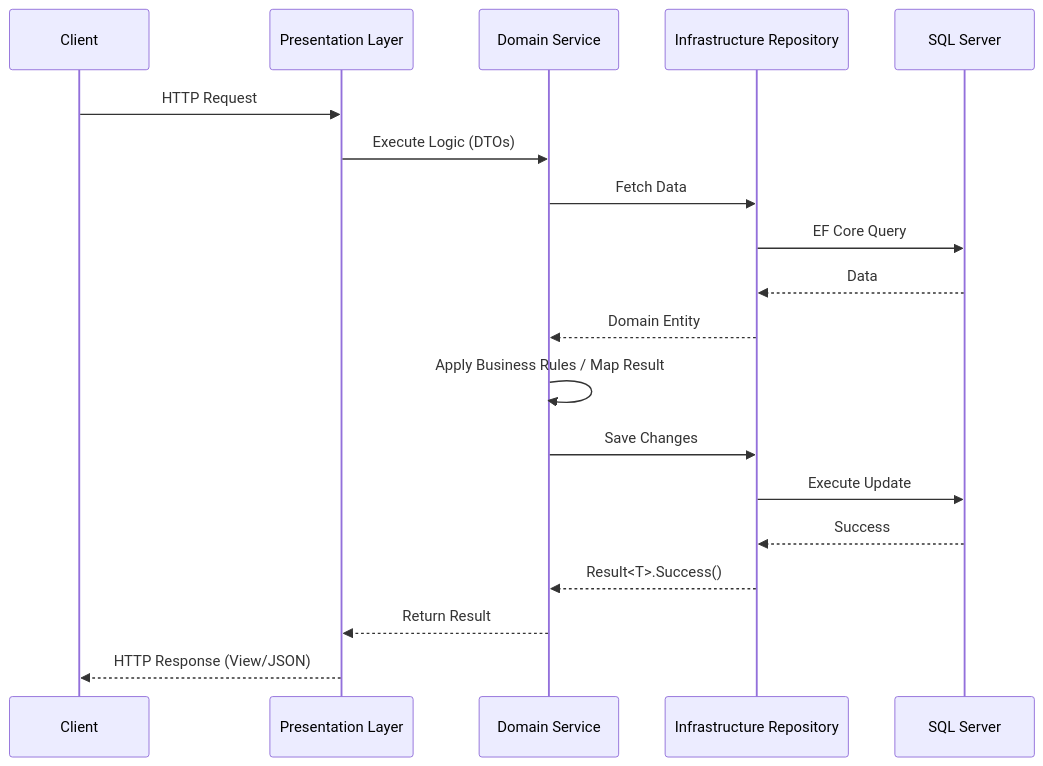
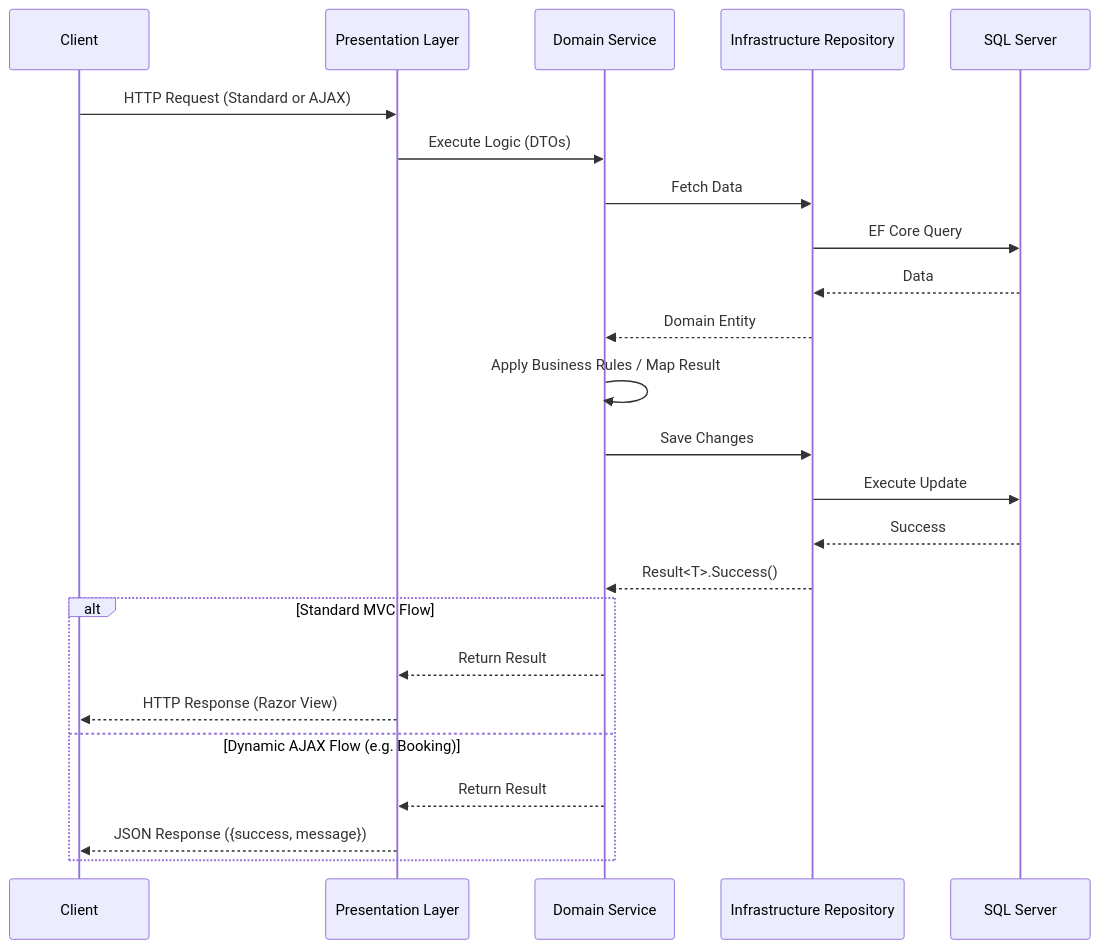
The second of 3 diagrams in README.md (khader-Mohamed-923/gym-management-system-dotnet), drawn with Mermaid before and after one commit. The commit also changed other lines of this file and 7 other files, not shown here.

````diff
--- a/README.md
+++ b/README.md
@@ -72,22 +95,28 @@
 ```mermaid
 sequenceDiagram
     participant Client
     participant Controller as Presentation Layer
     participant Service as Domain Service
     participant Repo as Infrastructure Repository
     participant DB as SQL Server
 
-    Client->>Controller: HTTP Request
+    Client->>Controller: HTTP Request (Standard or AJAX)
     Controller->>Service: Execute Logic (DTOs)
     Service->>Repo: Fetch Data
     Repo->>DB: EF Core Query
     DB-->>Repo: Data
     Repo-->>Service: Domain Entity
     Service->>Service: Apply Business Rules / Map Result
     Service->>Repo: Save Changes
     Repo->>DB: Execute Update
     DB-->>Repo: Success
     Repo-->>Service: Result<T>.Success()
-    Service-->>Controller: Return Result
-    Controller-->>Client: HTTP Response (View/JSON)
+    
+    alt Standard MVC Flow
+        Service-->>Controller: Return Result
+        Controller-->>Client: HTTP Response (Razor View)
+    else Dynamic AJAX Flow (e.g. Booking)
+        Service-->>Controller: Return Result
+        Controller-->>Client: JSON Response ({success, message})
+    end
 ```
````
